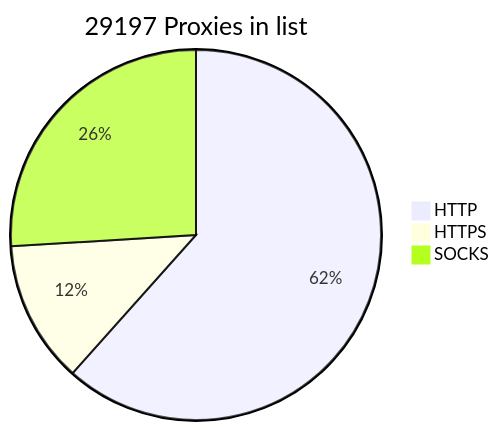
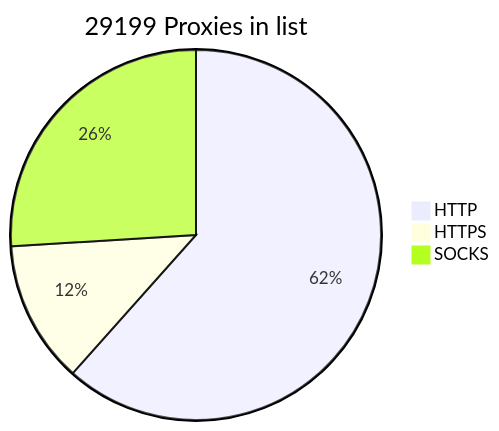
Before and after one commit to BlackSnowDot/proxylist-update-every-minute: the diagram in README.md, drawn with Mermaid.

````diff
--- a/README.md
+++ b/README.md
@@ -2,6 +2,6 @@
 ```mermaid
-pie title 29197 Proxies in list
+pie title 29199 Proxies in list
     "HTTP" : 19798
     "HTTPS": 3996
-    "SOCKS" : 8347
+    "SOCKS" : 8349
 ```
````
